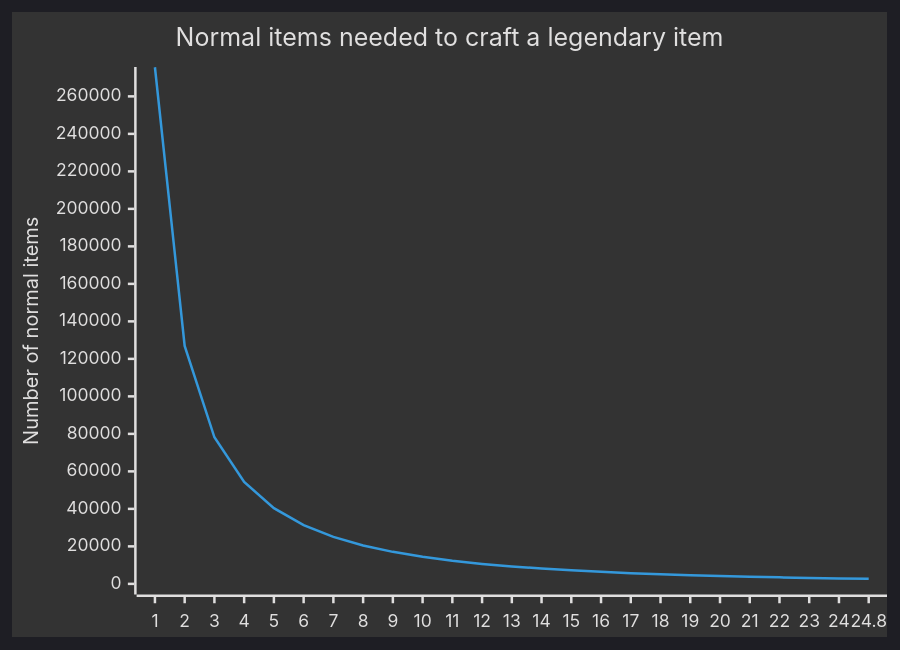
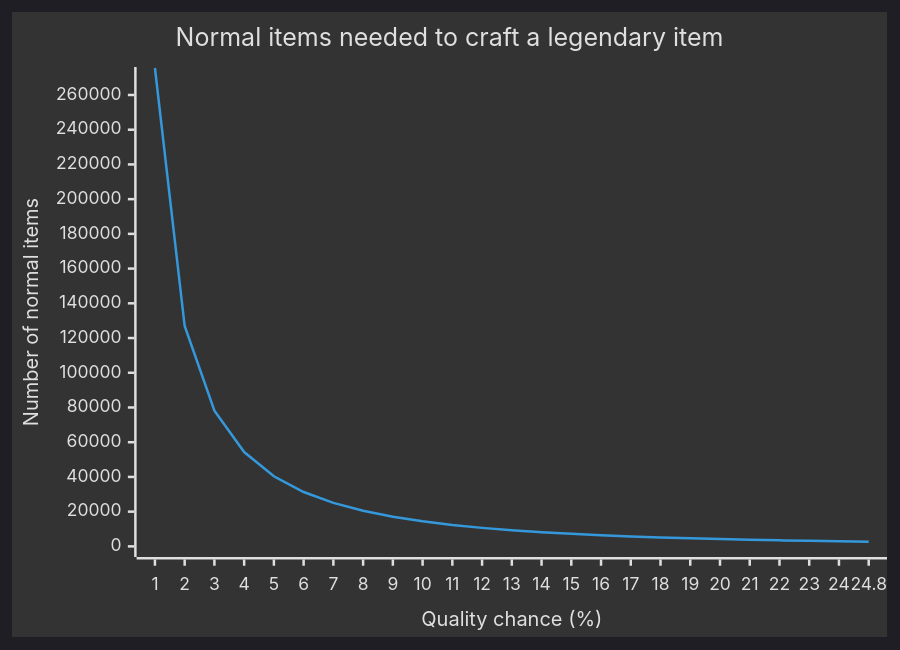
Before and after one commit to dfamonteiro/blog: the third of 6 diagrams in blog/content/posts/factorio-pure-recycler-loop.md, drawn with Mermaid. The commit also changed other lines of this file and 4 other files, not shown here.

Commit message:
Two more charts

```diff
--- a/blog/content/posts/factorio-pure-recycler-loop.md
+++ b/blog/content/posts/factorio-pure-recycler-loop.md
@@ -194,12 +194,11 @@
-<pre style="text-align:center" class="mermaid" id="normal-to-legendary-ratio">
+<pre style="text-align:center" class="mermaid">
 ---
-title: Normal items needed to craft a legendary item
 config:
   theme: dark
 ---
 xychart-beta
     title "Normal items needed to craft a legendary item"
-    x-axis [1, 2, 3, 4, 5, 6, 7, 8, 9, 10, 11, 12, 13, 14, 15, 16, 17, 18, 19, 20, 21, 22, 23, 24, 24.8]
+    x-axis "Quality chance (%)" [1, 2, 3, 4, 5, 6, 7, 8, 9, 10, 11, 12, 13, 14, 15, 16, 17, 18, 19, 20, 21, 22, 23, 24, 24.8]
     y-axis "Number of normal items" 0 --> 270000
     line [275537.6188099327, 126925.19559177945, 78182.11949565915, 54324.731972068614, 40366.883416794, 31320.37503248879, 25052.454970936447, 20500.388421332522, 17076.449879282212, 14430.015645433099, 12339.492586876928, 10658.332376632781, 9285.998982461751, 8151.406056252092, 7203.000009109451, 6402.577635616764, 5721.297803873242, 5137.031906270301, 4632.558279121844, 4194.304003533878, 3811.450711699854, 3475.287804518467, 3178.73735561973, 2916.000006871485, 2726.9095125910867]
 </pre>
```
